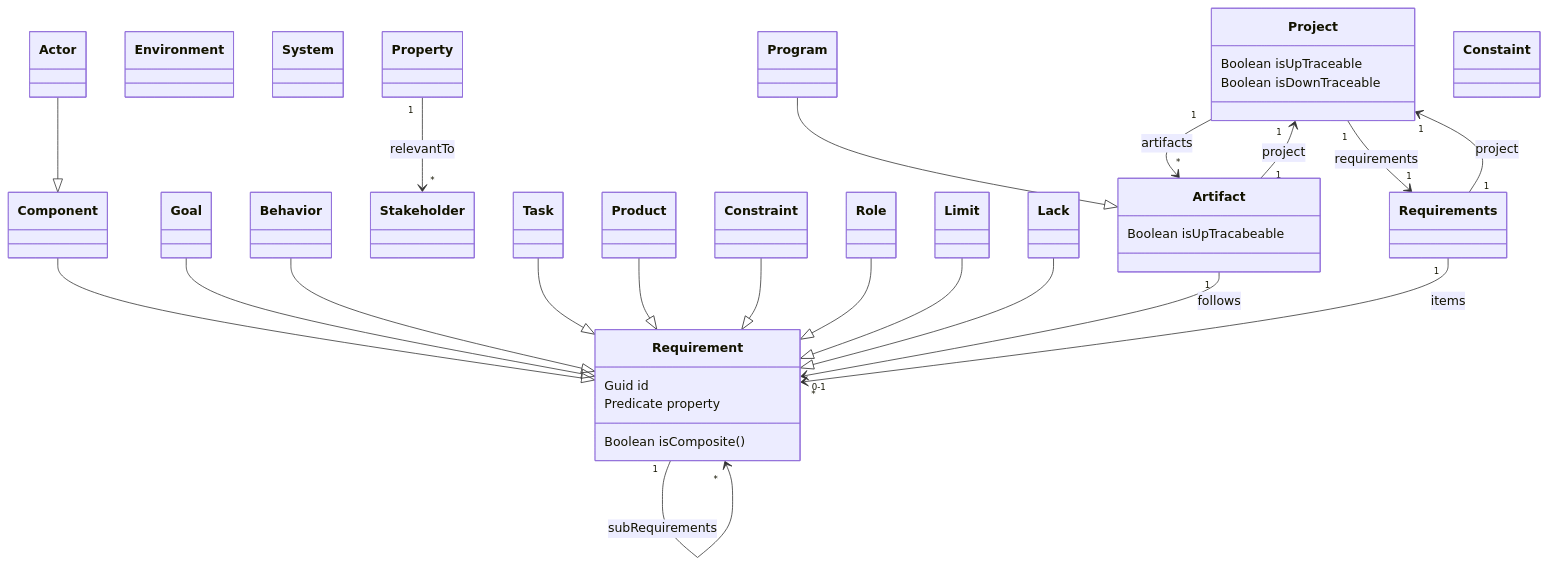
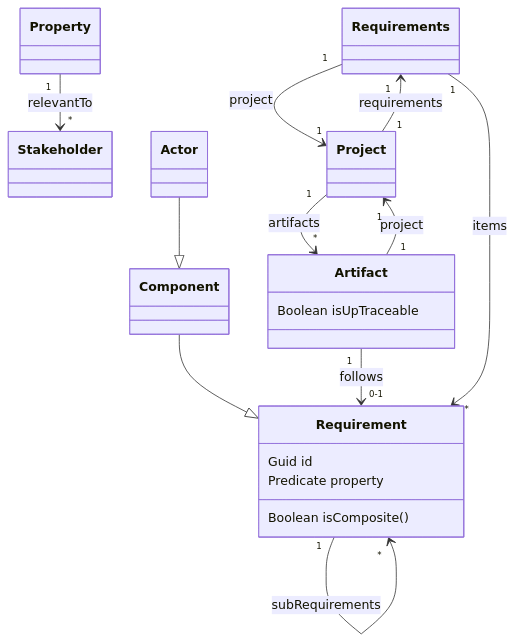
Before and after one commit to final-hill/requix: the diagram in docs/pegs-diagram.md, drawn with Mermaid. The commit also changed other lines of this file and 401 other files, not shown here.

Commit message:
changed to custom framework + Clean Architecture

````diff
--- a/docs/pegs-diagram.md
+++ b/docs/pegs-diagram.md
@@ -6,21 +3,5 @@
 ```mermaid
 classDiagram
-
-%% invariant requirements.project == this
-%% invariant upTraceability: isUpTraceable = (across artifacts as art all art.item.isUpTraceable)
-%% invariant downTraceability: (across requirements.items as req all
-%%                                  across artifacts as art some art.item.follows (req.item)
-%%                              )
-class Project {
-    Boolean isUpTraceable
-    Boolean isDownTraceable
-}
-
-class Environment
-
-class Goal
-
-class System
 
 %% invariant project.requirements == this
 class Requirements
@@ -35,47 +16,18 @@
 %% invariant isSameProject: follows != null implies follows.project = project
 %% invariant isUpTraceable: isUptraceable implies follows != null
 class Artifact {
-    Boolean isUpTracabeable
+    Boolean isUpTraceable
 }
 
 class Stakeholder
 
 class Property
 
-class Program
-Program --|> Artifact
-
 class Component
 Component --|> Requirement
 
 class Actor
 Actor --|> Component
-
-class Goal
-Goal --|> Requirement
-
-class Behavior
-Behavior --|> Requirement
-
-class Task
-Task --|> Requirement
-
-class Product
-Product --|> Requirement
-
-class Constaint
-Constraint --|> Requirement
-
-class Role
-Role --|> Requirement
-
-class Limit
-Limit --|> Requirement
-
-class Lack
-Lack --|> Requirement
-
-
 
 Artifact "1" --> "1" Project : project
 Artifact "1" --> "0-1" Requirement : follows
````
